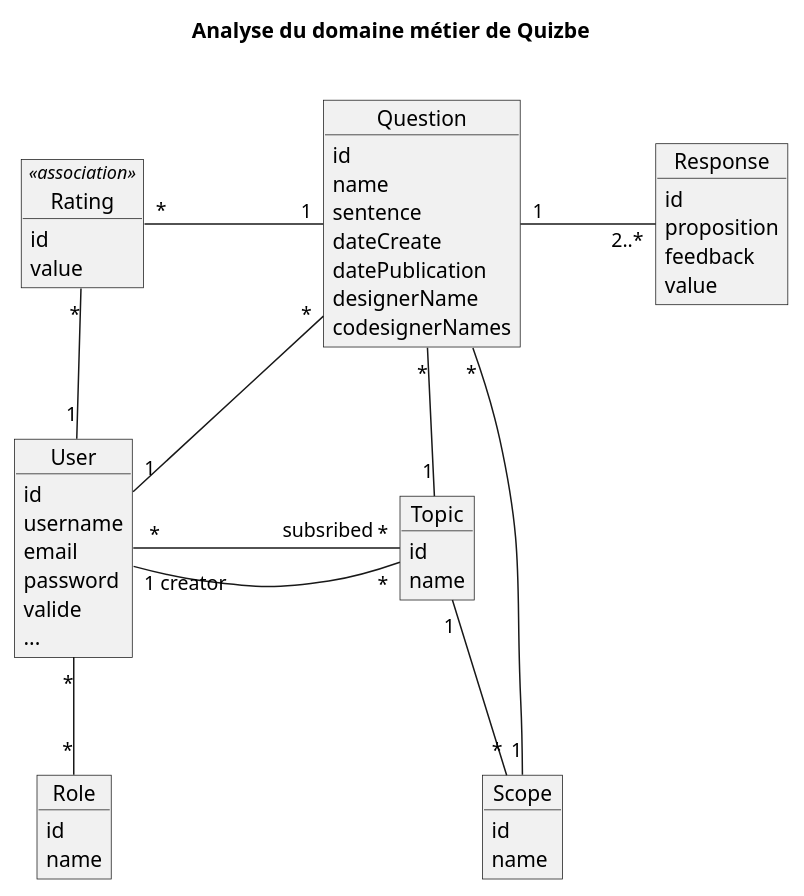
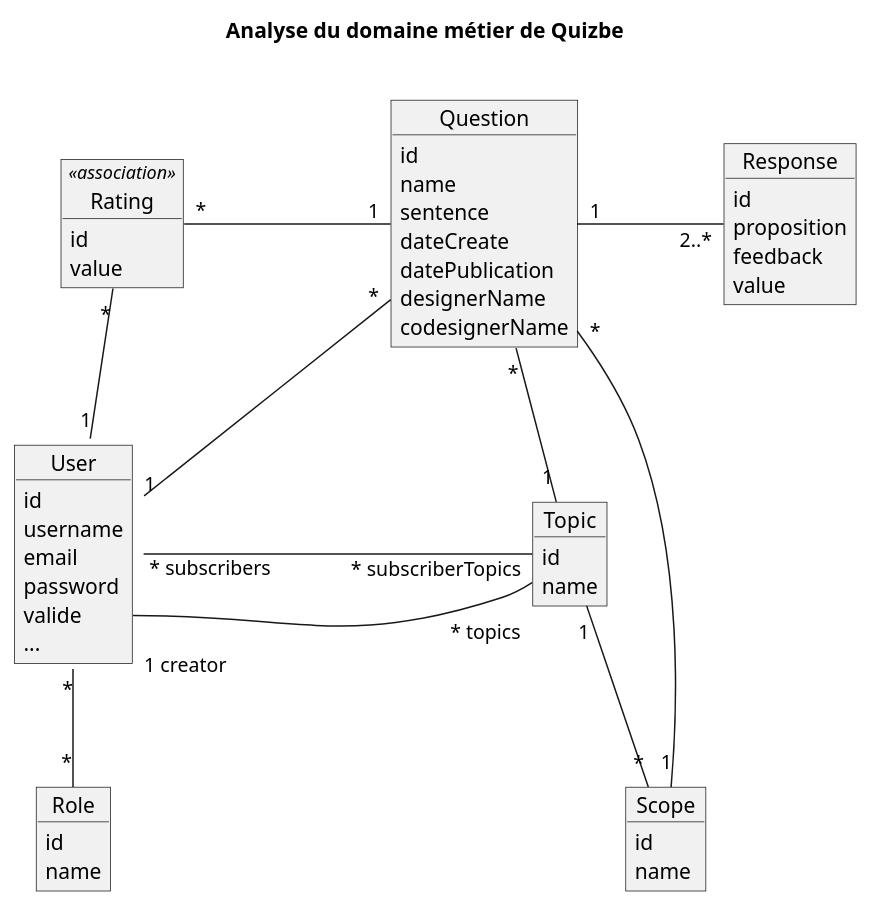
One commit to ldv-melun/quizbe-kotlin changed the diagram in docs/analyse.puml. Above: the diagram before and after it, drawn with PlantUML. The commit also changed 10 other files, not shown here.

```diff
--- a/docs/analyse.puml
+++ b/docs/analyse.puml
@@ -1,63 +1,62 @@
 @startuml
 ' https://plantuml.com/fr/class-diagram
 title Analyse du domaine métier de Quizbe\n
 
 Object Scope {
 id
 name
 }
 
 Object Topic {
 id
 name
 }
 
 Object Response {
 id
 proposition
 feedback
 value
 }
 
 Object Rating <<association>>{
 id
 value
 }
 
 Object Question{
 id
 name
 sentence
 dateCreate
 datePublication
 designerName
-codesignerNames
+codesignerName
 }
 
 Object User{
 id
 username
 email
 password
 valide
 ...
 }
 
 Object Role {
 id
 name
 }
 
-
 User "*" -- "*" Role:"\t\t\t\t"
-User " *" - "*" Topic:"\t\t\tsubsribed"
-User "1 creator" - "*" Topic:"\t\t\t"
+User " * subscribers" - " * subscriberTopics" Topic:"\t\t\t\t\t\t\t\t"
+User::valide "\n1 creator" - "\n * topics" Topic:"\t\t\t\t"
 Question "1" - "2..*" Response:"\t\t"
 Question "*" -- "1" Scope
 Question "*" -- "1" Topic
 Question "*" -- "1" User
 Rating "*" - "1" Question:"\t\t\t"
 Rating "*" -- "1" User
 Topic "1" -- "*" Scope
 
 @enduml
```
